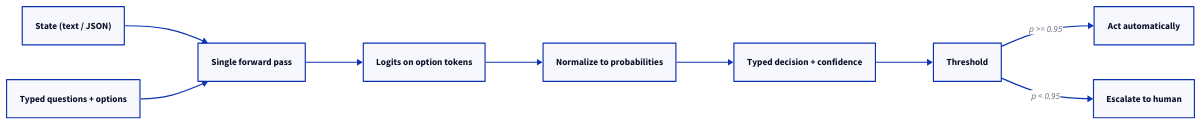
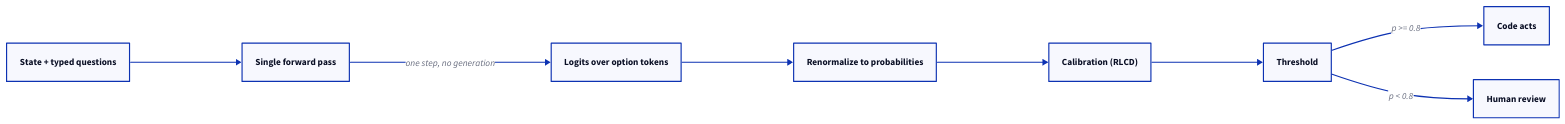
Before and after one commit to kobyal/ai-news-briefing: the diagram in blog/public/posts/jev/diagram.d2, drawn with D2. The commit also changed 336 other files, not shown here.

Commit message:
blog: regenerate all posts with public examples + de-translationese pass; Claude Code series (5 parts); assistants series (dots, Gemini, Copilot, Comet); signed opinion note

```diff
--- a/blog/public/posts/jev/diagram.d2
+++ b/blog/public/posts/jev/diagram.d2
@@ -1,18 +1,16 @@
 direction: right
-state: "State (text / JSON)"
-questions: "Typed questions + options"
-fp: "Single forward pass"
-logits: "Logits on option tokens"
-norm: "Normalize to probabilities"
-decision: "Typed decision + confidence"
-gate: "Threshold"
-act: "Act automatically"
-review: "Escalate to human"
-state -> fp
-questions -> fp
-fp -> logits
+state: "State + typed questions"
+pass: "Single forward pass"
+logits: "Logits over option tokens"
+norm: "Renormalize to probabilities"
+cal: "Calibration (RLCD)"
+th: "Threshold"
+act: "Code acts"
+esc: "Human review"
+state -> pass
+pass -> logits: "one step, no generation"
 logits -> norm
-norm -> decision
-decision -> gate
-gate -> act: "p >= 0.95"
-gate -> review: "p < 0.95"
+norm -> cal
+cal -> th
+th -> act: "p >= 0.8"
+th -> esc: "p < 0.8"
```
